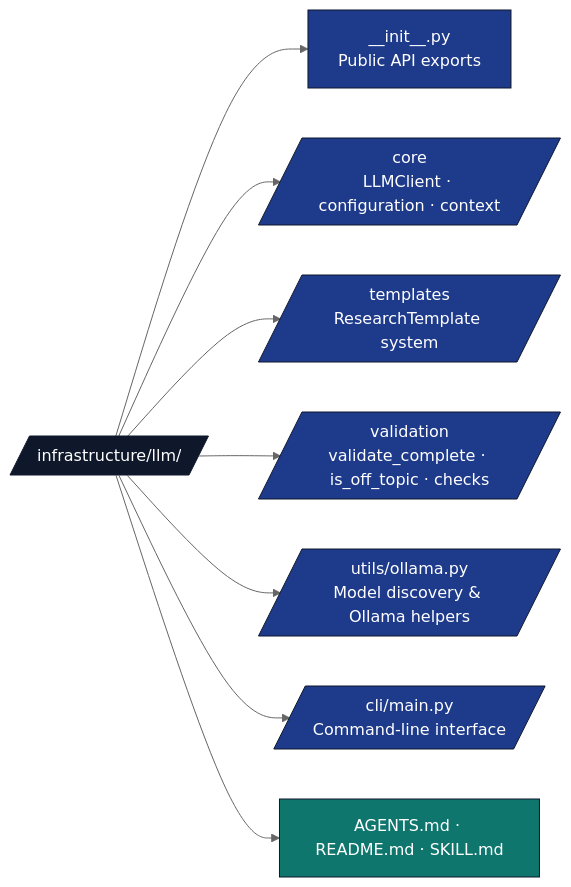
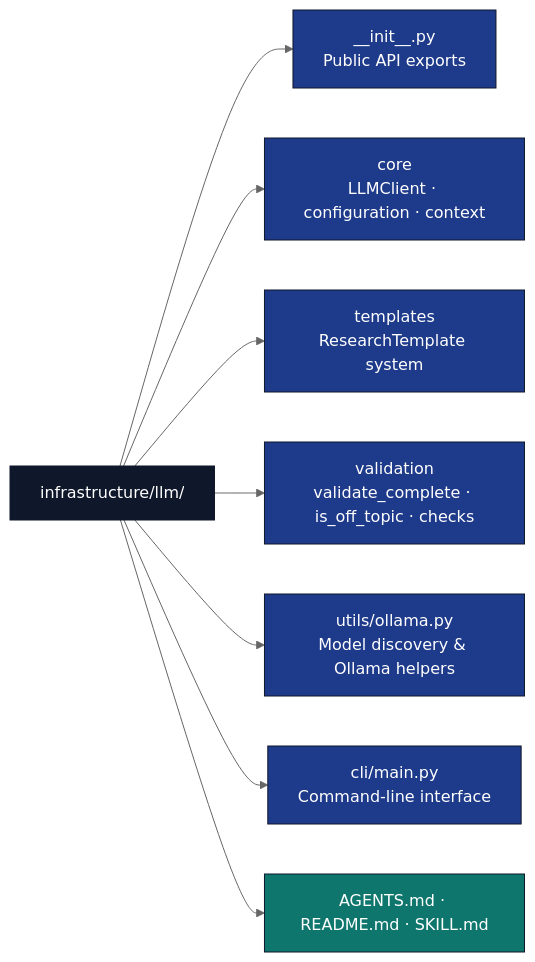
Before and after one commit to docxology/template: the diagram in docs/rules/llm_standards.md, drawn with Mermaid (neutral theme). The commit also changed 94 other files, not shown here.

````diff
--- a/docs/rules/llm_standards.md
+++ b/docs/rules/llm_standards.md
@@ -11,18 +11,18 @@
 ```mermaid
 flowchart LR
-    LLM[/infrastructure/llm//]
+    LLM[infrastructure/llm/]
     LLM --> INIT[__init__.py<br/>Public API exports]
-    LLM --> CORE[/core<br/>LLMClient · configuration · context/]
-    LLM --> TPL[/templates<br/>ResearchTemplate system/]
-    LLM --> VAL[/validation<br/>validate_complete · is_off_topic · checks/]
-    LLM --> UT[/utils/ollama.py<br/>Model discovery &amp; Ollama helpers/]
-    LLM --> CLI[/cli/main.py<br/>Command-line interface/]
+    LLM --> CORE[core<br/>LLMClient · configuration · context]
+    LLM --> TPL[templates<br/>ResearchTemplate system]
+    LLM --> VAL[validation<br/>validate_complete · is_off_topic · checks]
+    LLM --> UT[utils/ollama.py<br/>Model discovery &amp; Ollama helpers]
+    LLM --> CLI[cli/main.py<br/>Command-line interface]
     LLM --> DOCS[AGENTS.md · README.md · SKILL.md]
 
     classDef d fill:#0f172a,stroke:#0f172a,color:#fff
     classDef code fill:#1e3a8a,stroke:#0f172a,color:#fff
     classDef doc fill:#0f766e,stroke:#0f172a,color:#fff
     class LLM d
     class INIT,CORE,TPL,VAL,UT,CLI code
     class DOCS doc
 ```
````
